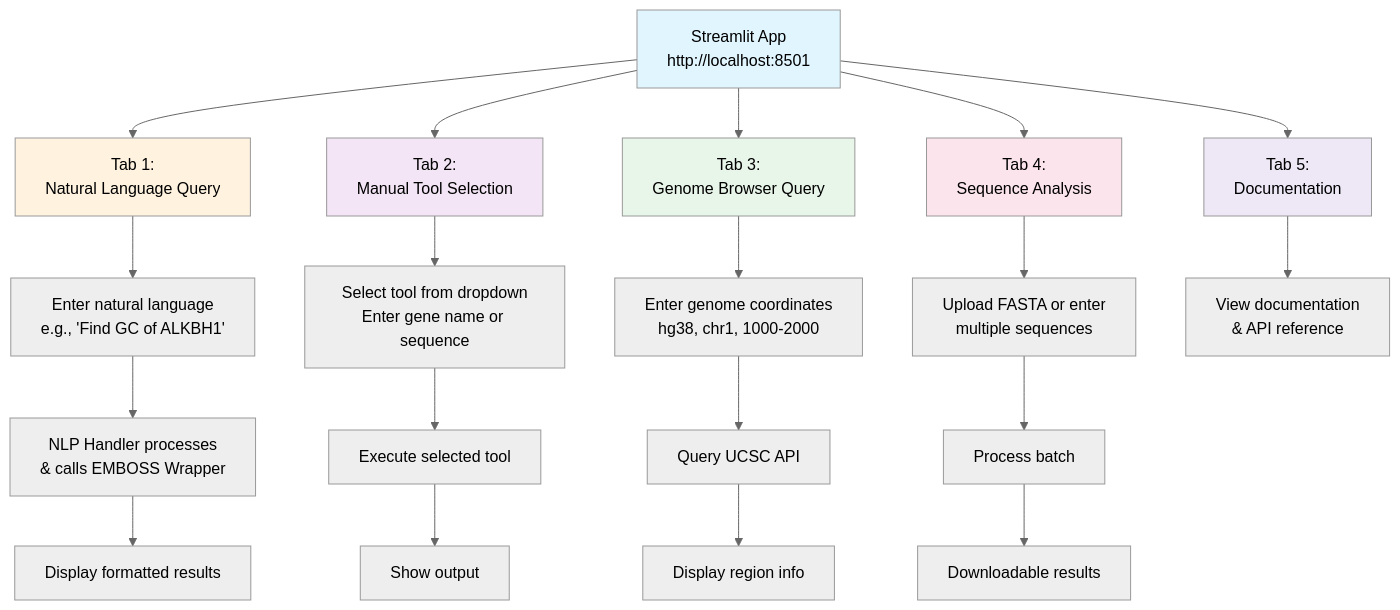
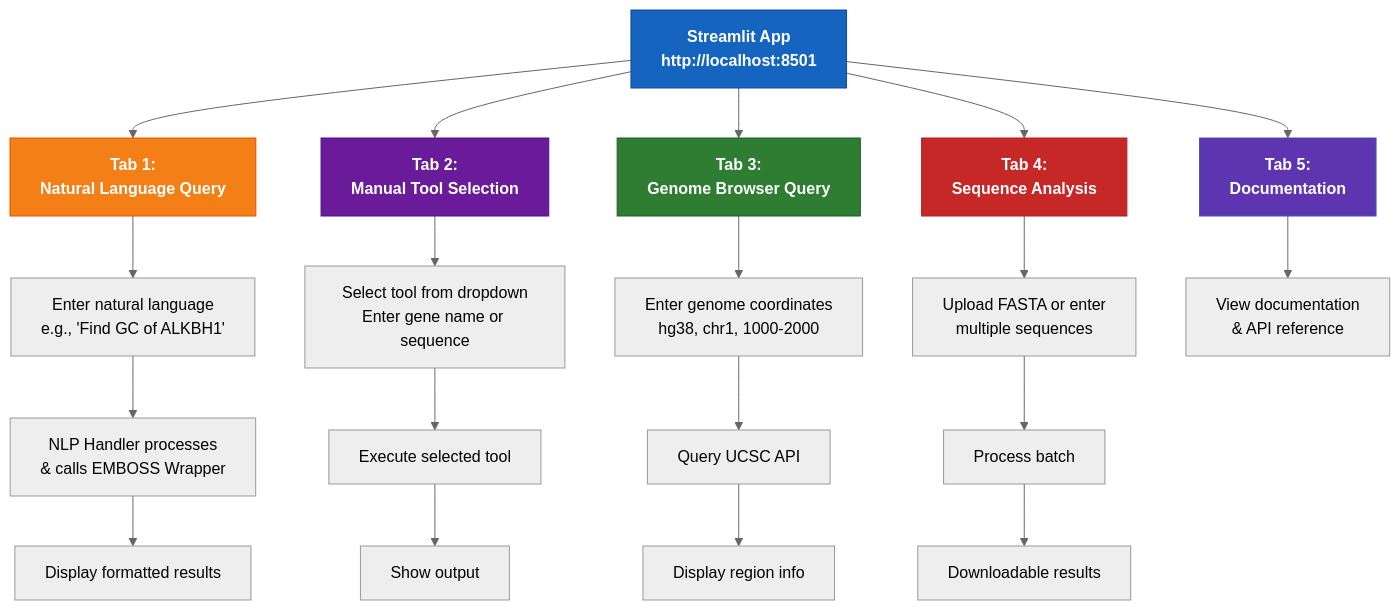
Before and after one commit to caagendaz/BME110-final: the fifth of 9 diagrams in ARCHITECTURE.md, drawn with Mermaid (neutral theme). The commit also changed other lines of this file, not shown here.

First line of the commit message:
Improve diagram readability - use deeper colors for all boxes

````diff
--- a/ARCHITECTURE.md
+++ b/ARCHITECTURE.md
@@ -152,35 +152,35 @@
 ```mermaid
 graph TB
     UI["Streamlit App<br/>http://localhost:8501"]
     
     UI --> TAB1["Tab 1:<br/>Natural Language Query"]
     UI --> TAB2["Tab 2:<br/>Manual Tool Selection"]
     UI --> TAB3["Tab 3:<br/>Genome Browser Query"]
     UI --> TAB4["Tab 4:<br/>Sequence Analysis"]
     UI --> TAB5["Tab 5:<br/>Documentation"]
     
     TAB1 --> NLP["Enter natural language<br/>e.g., 'Find GC of ALKBH1'"]
     NLP --> NLPRUN["NLP Handler processes<br/>& calls EMBOSS Wrapper"]
     NLPRUN --> NLP_OUT["Display formatted results"]
     
     TAB2 --> MANUAL["Select tool from dropdown<br/>Enter gene name or sequence"]
     MANUAL --> MANUAL_RUN["Execute selected tool"]
     MANUAL_RUN --> MANUAL_OUT["Show output"]
     
     TAB3 --> GENOME["Enter genome coordinates<br/>hg38, chr1, 1000-2000"]
     GENOME --> GENOME_RUN["Query UCSC API"]
     GENOME_RUN --> GENOME_OUT["Display region info"]
     
     TAB4 --> BATCH["Upload FASTA or enter<br/>multiple sequences"]
     BATCH --> BATCH_RUN["Process batch"]
     BATCH_RUN --> BATCH_OUT["Downloadable results"]
     
     TAB5 --> DOCS["View documentation<br/>& API reference"]
     
-    style UI fill:#e1f5ff
-    style TAB1 fill:#fff3e0
-    style TAB2 fill:#f3e5f5
-    style TAB3 fill:#e8f5e9
-    style TAB4 fill:#fce4ec
-    style TAB5 fill:#ede7f6
+    style UI fill:#1565c0,stroke:#0d47a1,color:#ffffff,font-weight:bold
+    style TAB1 fill:#f57f17,stroke:#e65100,color:#ffffff,font-weight:bold
+    style TAB2 fill:#6a1b9a,stroke:#4a148c,color:#ffffff,font-weight:bold
+    style TAB3 fill:#2e7d32,stroke:#1b5e20,color:#ffffff,font-weight:bold
+    style TAB4 fill:#c62828,stroke:#b71c1c,color:#ffffff,font-weight:bold
+    style TAB5 fill:#5e35b1,stroke:#3f51b5,color:#ffffff,font-weight:bold
 ```
````
